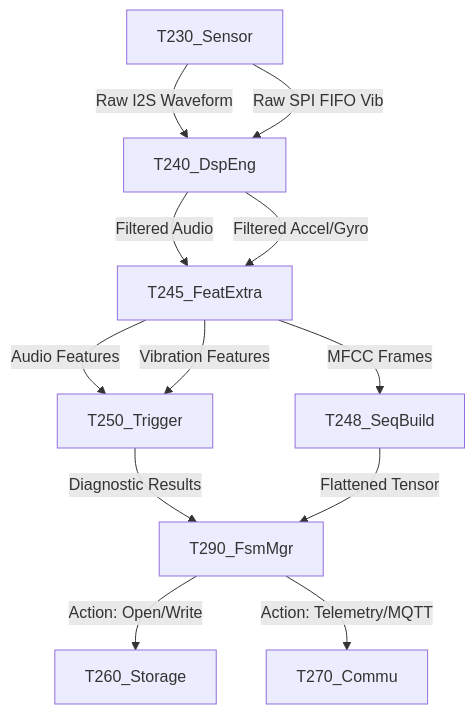
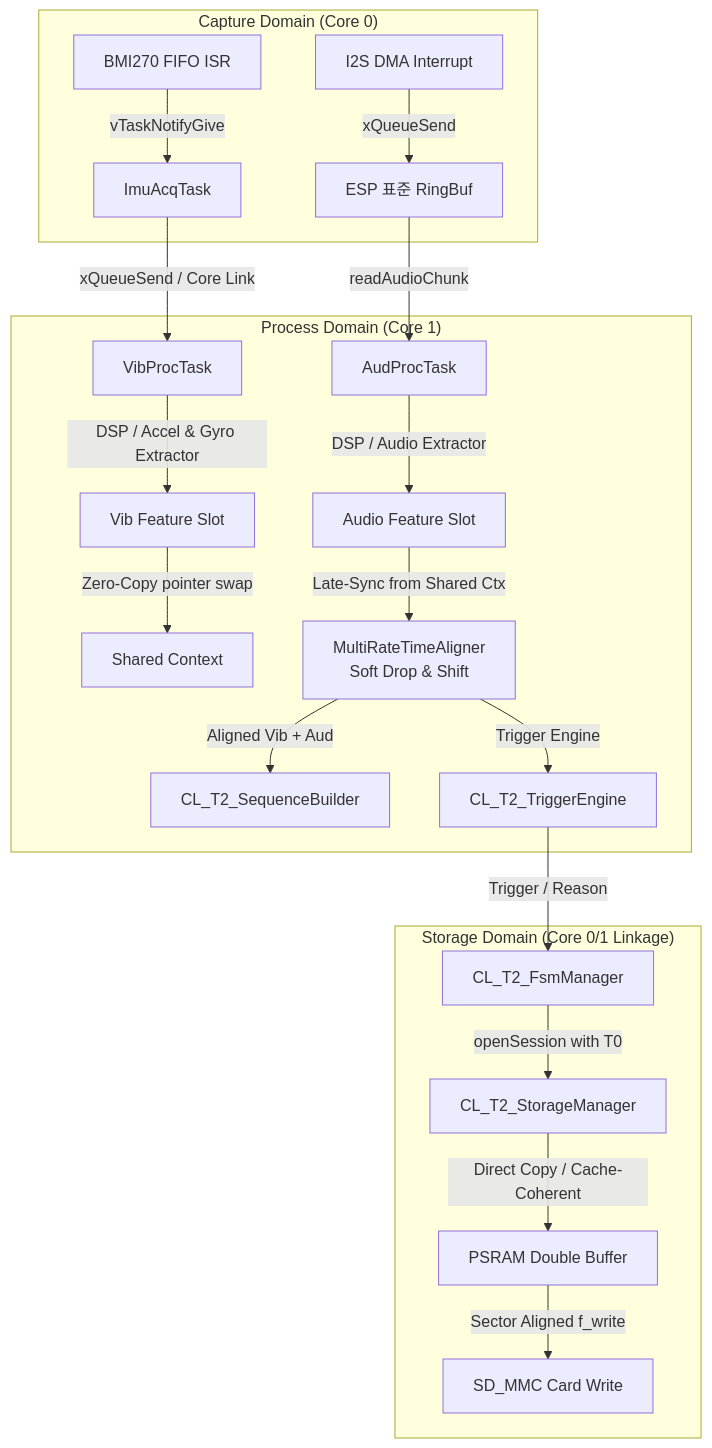
One commit to hosanglee-kr/ESP32_MSFM_250 changed the diagram in src/T2_MSFM_250/Docs_FuncSpec/S30_Overall_FuncSpec_250.md. Above: the diagram before and after it, drawn with Mermaid. The commit also changed other lines of this file and 36 other files, not shown here.

````diff
--- a/src/T2_MSFM_250/Docs_FuncSpec/S30_Overall_FuncSpec_250.md
+++ b/src/T2_MSFM_250/Docs_FuncSpec/S30_Overall_FuncSpec_250.md
@@ -33,18 +11,26 @@
 ```mermaid
 graph TD
-    Sensor[T230_Sensor] -->|Raw I2S Waveform| Dsp[T240_DspEng]
-    Sensor -->|Raw SPI FIFO Vib| Dsp
-    
-    Dsp -->|Filtered Audio| Ext[T245_FeatExtra]
-    Dsp -->|Filtered Accel/Gyro| Ext
-    
-    Ext -->|Audio Features| Trig[T250_Trigger]
-    Ext -->|Vibration Features| Trig
-    Ext -->|MFCC Frames| Seq[T248_SeqBuild]
-    
-    Trig -->|Diagnostic Results| Fsm[T290_FsmMgr]
-    Seq -->|Flattened Tensor| Fsm
-    
-    Fsm -->|Action: Open/Write| Storage[T260_Storage]
-    Fsm -->|Action: Telemetry/MQTT| Comm[T270_Commu]
+    subgraph "Capture Domain (Core 0)"
+        I2S_DMA[I2S DMA Interrupt] -->|xQueueSend| Audio_Cap_Buf[ESP 표준 RingBuf]
+        BMI270_ISR[BMI270 FIFO ISR] -->|vTaskNotifyGive| Imu_Acq_Task[ImuAcqTask]
+    end
+
+    subgraph "Process Domain (Core 1)"
+        Imu_Acq_Task -->|xQueueSend / Core Link| Vib_Proc_Task[VibProcTask]
+        Vib_Proc_Task -->|DSP / Accel & Gyro Extractor| Vib_Slot_Ready[Vib Feature Slot]
+        Vib_Slot_Ready -->|Zero-Copy pointer swap| Shared_Ctx[Shared Context]
+
+        Audio_Cap_Buf -->|readAudioChunk| Aud_Proc_Task[AudProcTask]
+        Aud_Proc_Task -->|DSP / Audio Extractor| Aud_Slot_Ready[Audio Feature Slot]
+        Aud_Slot_Ready -->|Late-Sync from Shared Ctx| MultiRateTimeAligner[MultiRateTimeAligner <br> Soft Drop & Shift]
+        MultiRateTimeAligner -->|Aligned Vib + Aud| Seq_Builder[CL_T2_SequenceBuilder]
+        MultiRateTimeAligner -->|Trigger Engine| Trigger_Eng[CL_T2_TriggerEngine]
+    end
+
+    subgraph "Storage Domain (Core 0/1 Linkage)"
+        Trigger_Eng -->|Trigger / Reason| FSM[CL_T2_FsmManager]
+        FSM -->|openSession with T0| Storage[CL_T2_StorageManager]
+        Storage -->|Direct Copy / Cache-Coherent| PSRAM_Buf[PSRAM Double Buffer]
+        PSRAM_Buf -->|Sector Aligned f_write| SD_MMC_Write[SD_MMC Card Write]
+    end
 ```
````
